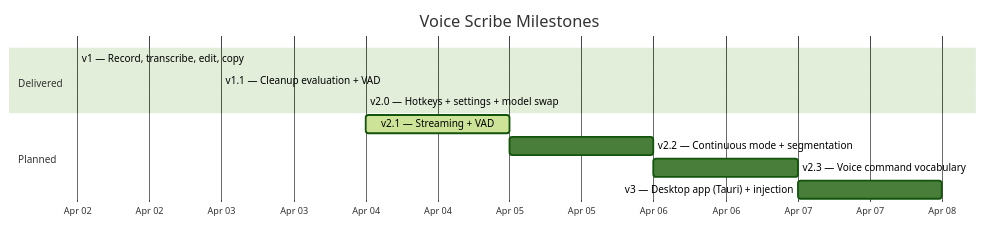
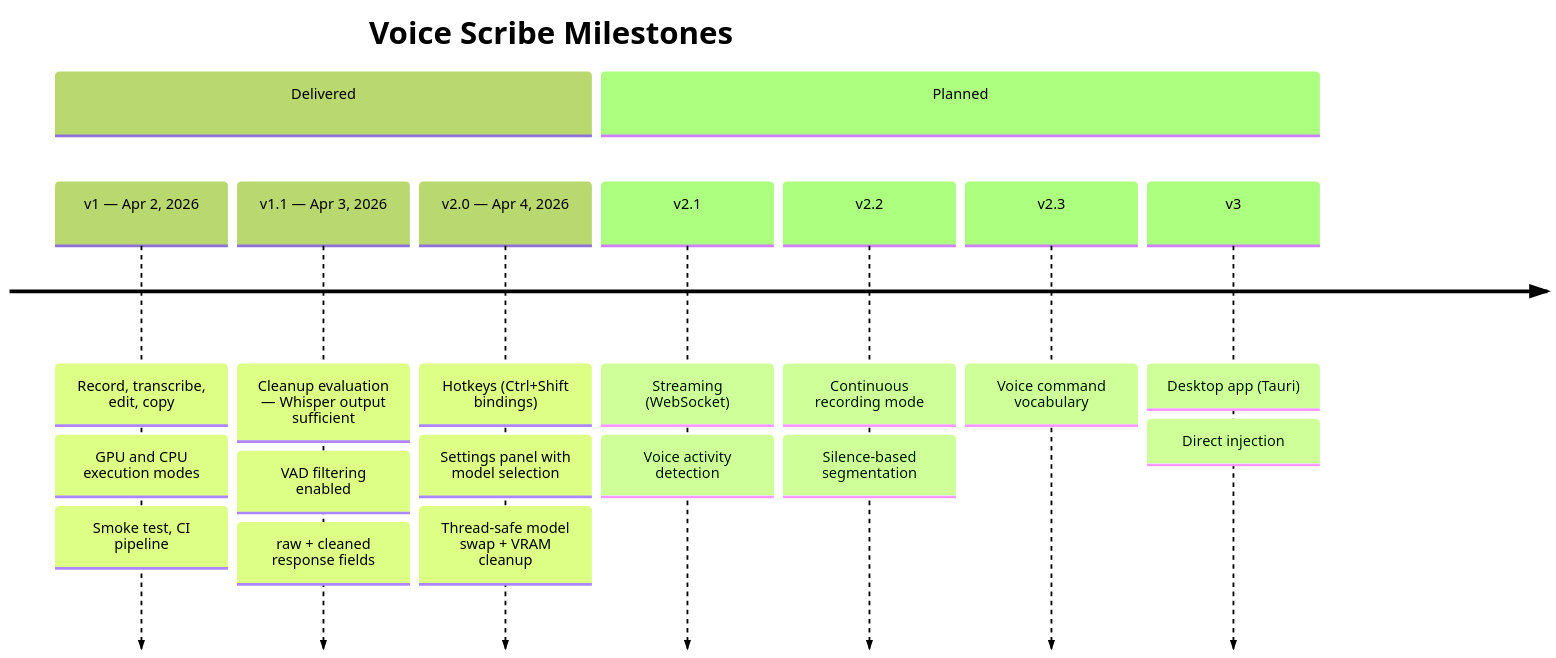
One commit to JohnYanez95/voice-scribe changed the diagram in docs/diagrams/milestone-timeline.mmd. Above: the diagram before and after it, drawn with Mermaid (forest theme). The commit also changed 2 other files, not shown here.

Commit message:
Switch milestone chart from Gantt to timeline diagram
Gantt bars were invisible for single-day milestones. Timeline
diagram gives each milestone a discrete node with deliverables
listed below. Delivered section shows dates, planned section
shows sequence only.

```diff
--- a/docs/diagrams/milestone-timeline.mmd
+++ b/docs/diagrams/milestone-timeline.mmd
@@ -1,15 +1,27 @@
-gantt
+timeline
     title Voice Scribe Milestones
-    dateFormat YYYY-MM-DD
-    axisFormat %b %d
-
     section Delivered
-    v1 — Record, transcribe, edit, copy         :done, v1, 2026-04-02, 2026-04-02
-    v1.1 — Cleanup evaluation + VAD             :done, v11, 2026-04-03, 2026-04-03
-    v2.0 — Hotkeys + settings + model swap      :done, v20, 2026-04-04, 2026-04-04
-
+        v1 — Apr 2, 2026
+            : Record, transcribe, edit, copy
+            : GPU and CPU execution modes
+            : Smoke test, CI pipeline
+        v1.1 — Apr 3, 2026
+            : Cleanup evaluation — Whisper output sufficient
+            : VAD filtering enabled
+            : raw + cleaned response fields
+        v2.0 — Apr 4, 2026
+            : Hotkeys (Ctrl+Shift bindings)
+            : Settings panel with model selection
+            : Thread-safe model swap + VRAM cleanup
     section Planned
-    v2.1 — Streaming + VAD                      :active, v21, after v20, 1d
-    v2.2 — Continuous mode + segmentation       :v22, after v21, 1d
-    v2.3 — Voice command vocabulary             :v23, after v22, 1d
-    v3 — Desktop app (Tauri) + injection        :v3, after v23, 1d
+        v2.1
+            : Streaming (WebSocket)
+            : Voice activity detection
+        v2.2
+            : Continuous recording mode
+            : Silence-based segmentation
+        v2.3
+            : Voice command vocabulary
+        v3
+            : Desktop app (Tauri)
+            : Direct injection
```
